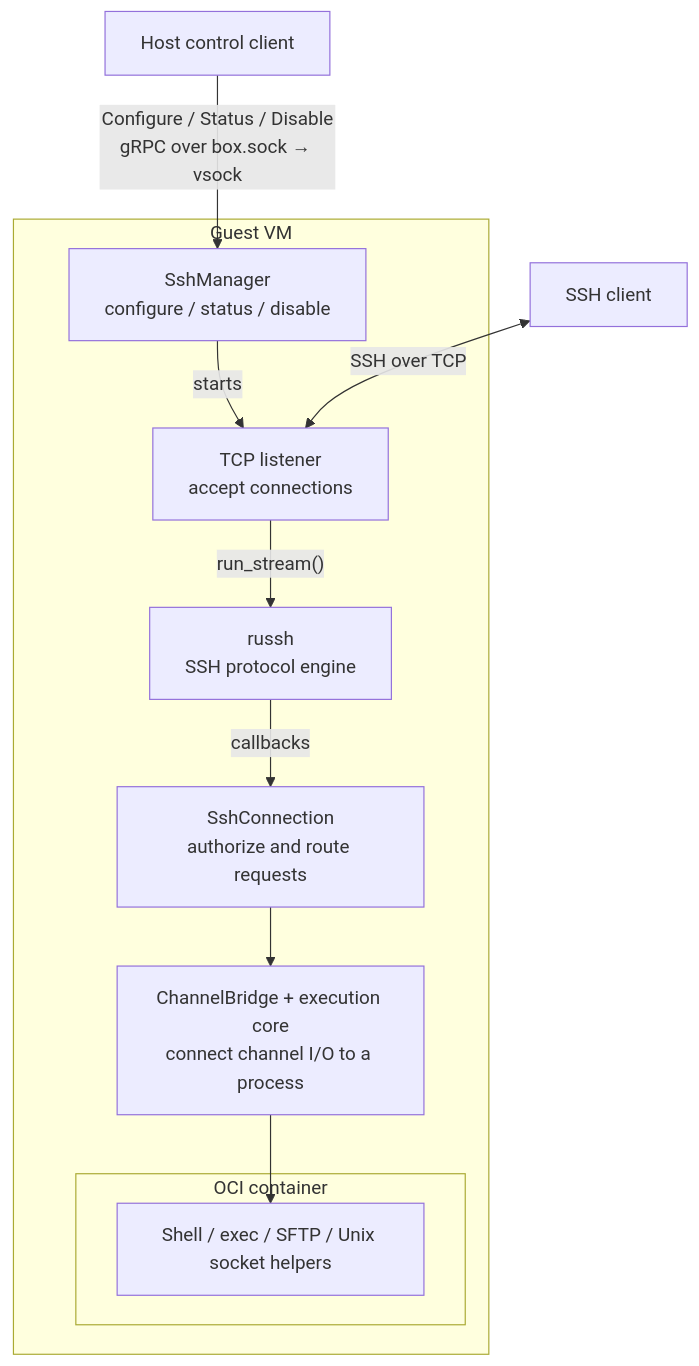
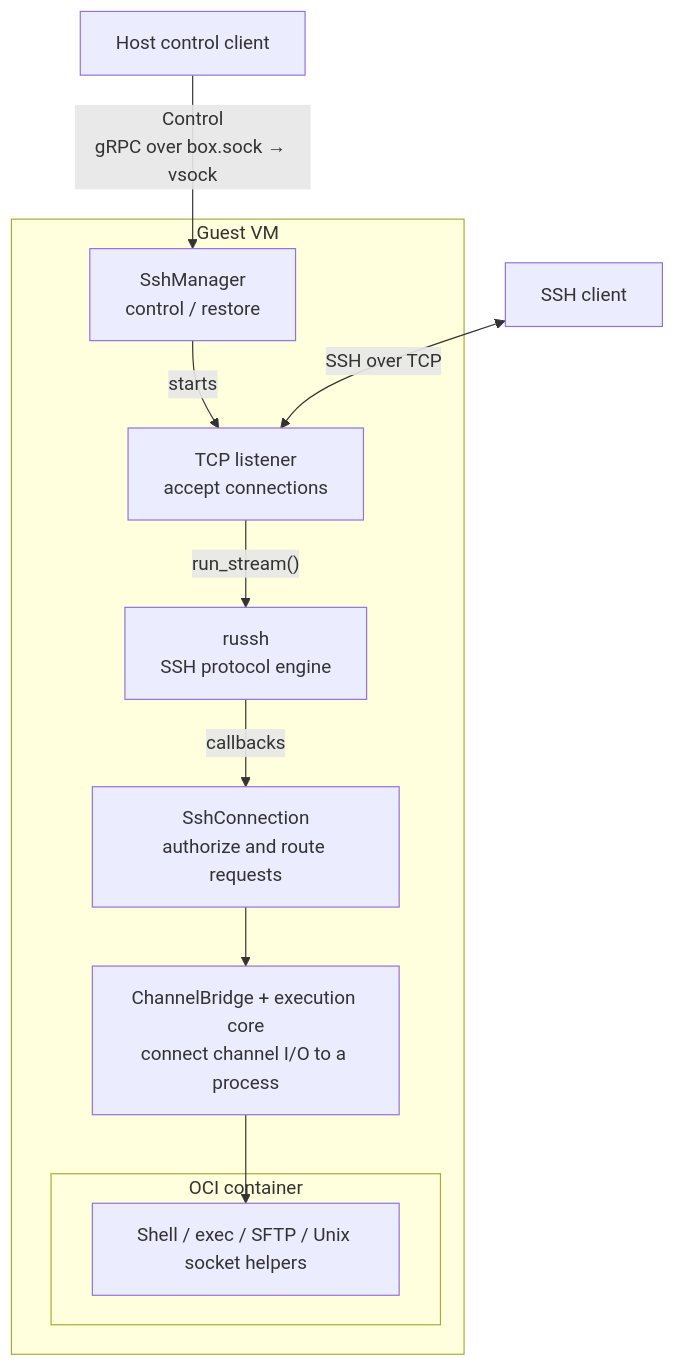
The first of 4 diagrams in src/guest/src/service/ssh/README.md (boxlite-ai/boxlite), drawn with Mermaid before and after one commit. The commit also changed other lines of this file and 30 other files, not shown here.

````diff
--- a/src/guest/src/service/ssh/README.md
+++ b/src/guest/src/service/ssh/README.md
@@ -12,21 +12,21 @@
 ```mermaid
 flowchart TB
     CONTROL["Host control client"]
     CLIENT["SSH client"]
     subgraph GUEST["Guest VM"]
-        MANAGER["SshManager<br/>configure / status / disable"]
+        MANAGER["SshManager<br/>control / restore"]
         LISTENER["TCP listener<br/>accept connections"]
         RUSSH["russh<br/>SSH protocol engine"]
         HANDLER["SshConnection<br/>authorize and route requests"]
         BRIDGE["ChannelBridge + execution core<br/>connect channel I/O to a process"]
         subgraph OCI["OCI container"]
             WORK["Shell / exec / SFTP / Unix socket helpers"]
         end
         MANAGER -->|"starts"| LISTENER
         LISTENER -->|"run_stream()"| RUSSH
         RUSSH -->|"callbacks"| HANDLER
         HANDLER --> BRIDGE --> WORK
     end
-    CONTROL -->|"Configure / Status / Disable<br/>gRPC over box.sock → vsock"| MANAGER
+    CONTROL -->|"Control<br/>gRPC over box.sock → vsock"| MANAGER
     CLIENT <-->|"SSH over TCP"| LISTENER
 ```
````
